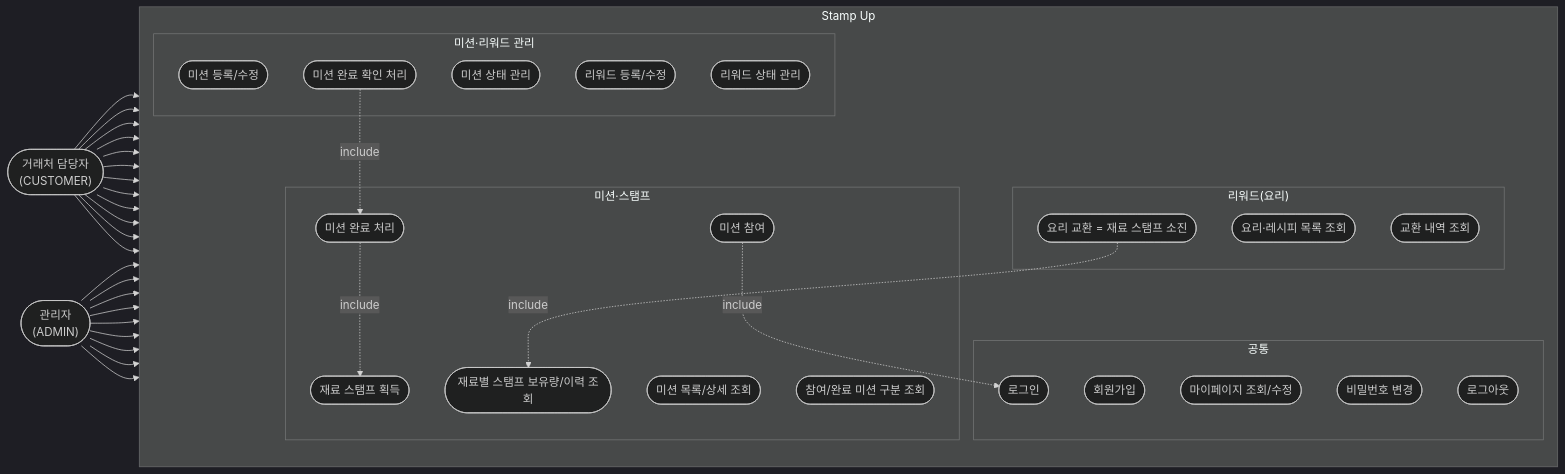
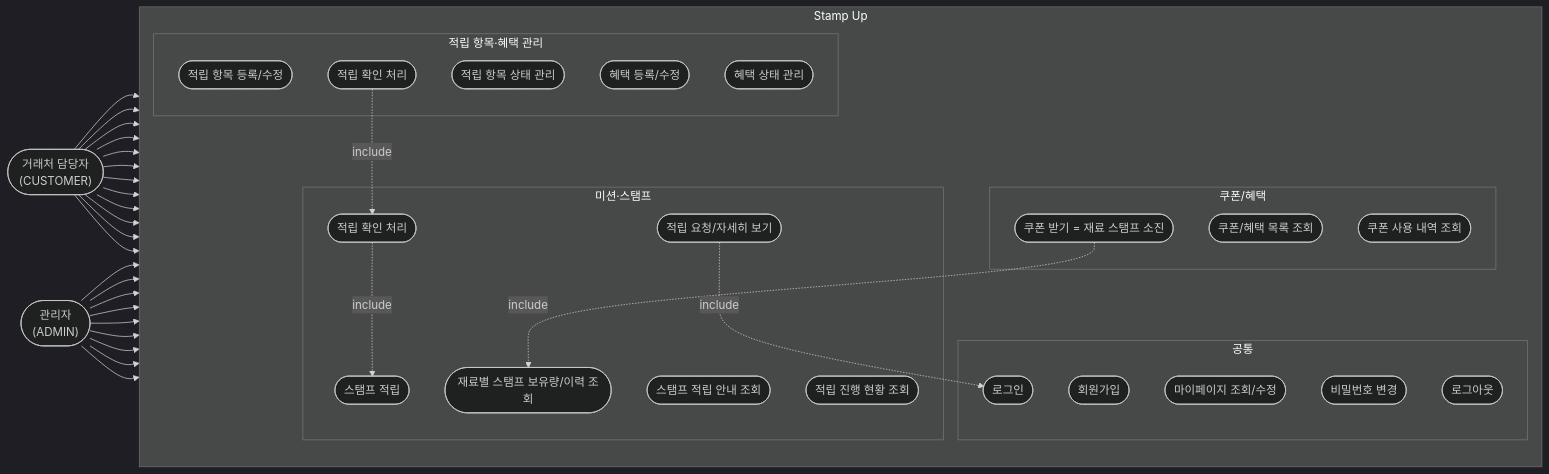
One commit to liah123/b2b-promo changed the diagram in docs/2-usecase.md. Above: the diagram before and after it, drawn with Mermaid (dark theme). The commit also changed other lines of this file and 8 other files, not shown here.

Commit message:
docs: add project principles, arch diagram, wireframes, ERD, schema; unify UI copy to stamp-card tone

````diff
--- a/docs/2-usecase.md
+++ b/docs/2-usecase.md
@@ -5,68 +7,68 @@
 ```mermaid
 flowchart LR
     customer(["거래처 담당자<br/>(CUSTOMER)"])
     admin(["관리자<br/>(ADMIN)"])
 
     subgraph system["Stamp Up"]
         direction TB
 
         subgraph common["공통"]
             UC01([회원가입])
             UC02([로그인])
             UC03([마이페이지 조회/수정])
             UC04([비밀번호 변경])
             UC05([로그아웃])
         end
 
         subgraph mission["미션·스탬프"]
-            UC10([미션 목록/상세 조회])
-            UC11([미션 참여])
-            UC12([참여/완료 미션 구분 조회])
-            UC13([미션 완료 처리])
-            UC14([재료 스탬프 획득])
+            UC10([스탬프 적립 안내 조회])
+            UC11([적립 요청/자세히 보기])
+            UC12([적립 진행 현황 조회])
+            UC13([적립 확인 처리])
+            UC14([스탬프 적립])
             UC15([재료별 스탬프 보유량/이력 조회])
         end
 
-        subgraph reward["리워드(요리)"]
-            UC20([요리·레시피 목록 조회])
-            UC21([요리 교환 = 재료 스탬프 소진])
-            UC22([교환 내역 조회])
+        subgraph reward["쿠폰/혜택"]
+            UC20([쿠폰/혜택 목록 조회])
+            UC21([쿠폰 받기 = 재료 스탬프 소진])
+            UC22([쿠폰 사용 내역 조회])
         end
 
-        subgraph adminOps["미션·리워드 관리"]
-            UC30([미션 등록/수정])
-            UC31([미션 상태 관리])
-            UC32([미션 완료 확인 처리])
-            UC33([리워드 등록/수정])
-            UC34([리워드 상태 관리])
+        subgraph adminOps["적립 항목·혜택 관리"]
+            UC30([적립 항목 등록/수정])
+            UC31([적립 항목 상태 관리])
+            UC32([적립 확인 처리])
+            UC33([혜택 등록/수정])
+            UC34([혜택 상태 관리])
         end
     end
 
     customer --> UC01
     customer --> UC02
     customer --> UC03
     customer --> UC04
     customer --> UC05
     customer --> UC10
     customer --> UC11
     customer --> UC12
     customer --> UC15
     customer --> UC20
     customer --> UC21
     customer --> UC22
 
     admin --> UC02
     admin --> UC03
     admin --> UC04
     admin --> UC05
     admin --> UC30
     admin --> UC31
     admin --> UC32
     admin --> UC33
     admin --> UC34
 
     UC11 -. include .-> UC02
     UC13 -. include .-> UC14
     UC32 -. include .-> UC13
     UC21 -. include .-> UC15
 ```
````
